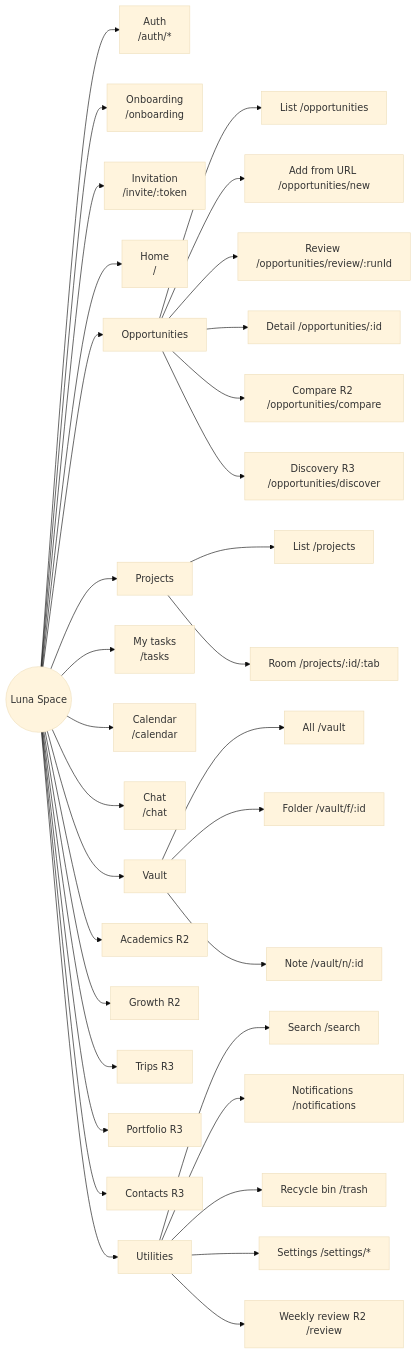
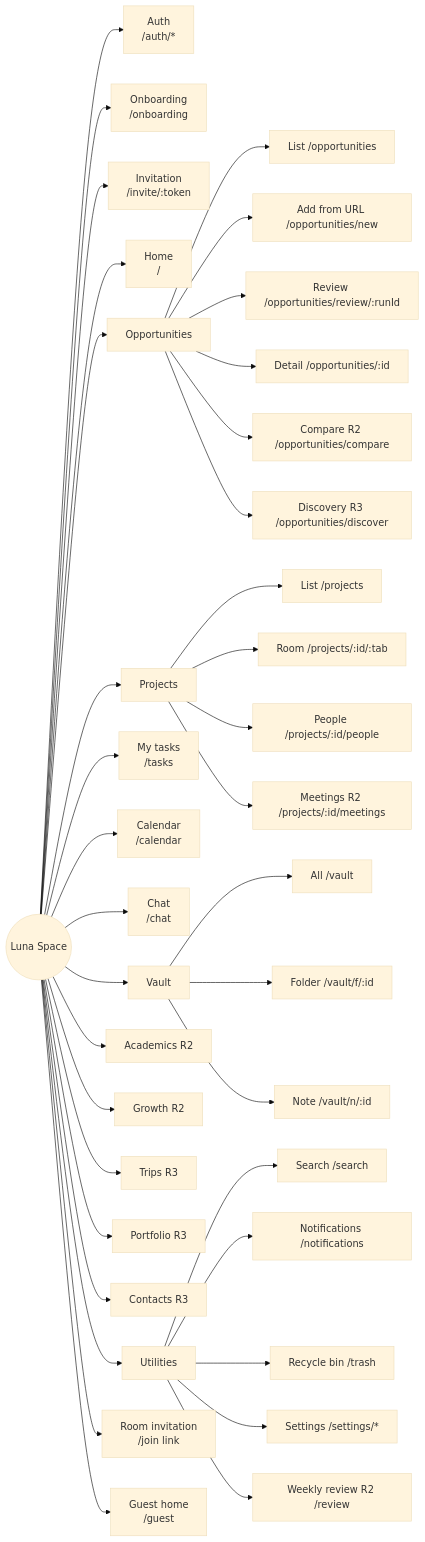
The first of 26 diagrams in docs/specs/02_flow.md (iwan-adler/luna-space), drawn with Mermaid (base theme) before and after one commit. The commit also changed other lines of this file and 7 other files, not shown here.

First line of the commit message:
docs: project guest access and Google Meet meetings (specs v1.1) (#7)

````diff
--- a/docs/specs/02_flow.md
+++ b/docs/specs/02_flow.md
@@ -50,35 +51,39 @@
 ```mermaid
 flowchart LR
   ROOT((Luna Space)) --> AUTH[Auth<br/>/auth/*]
   ROOT --> ONB[Onboarding<br/>/onboarding]
   ROOT --> INV[Invitation<br/>/invite/:token]
   ROOT --> HOME[Home<br/>/]
   ROOT --> OPP[Opportunities]
   ROOT --> PRJ[Projects]
   ROOT --> TSK[My tasks<br/>/tasks]
   ROOT --> CAL[Calendar<br/>/calendar]
   ROOT --> CHAT[Chat<br/>/chat]
   ROOT --> VAULT[Vault]
   ROOT --> ACAD[Academics R2]
   ROOT --> GROW[Growth R2]
   ROOT --> TRIP[Trips R3]
   ROOT --> PORT[Portfolio R3]
   ROOT --> CONT[Contacts R3]
   ROOT --> UTIL[Utilities]
+  ROOT --> JOIN["Room invitation<br/>/join link"]
+  ROOT --> GHOME[Guest home<br/>/guest]
   OPP --> O1[List /opportunities]
   OPP --> O2[Add from URL /opportunities/new]
   OPP --> O3[Review /opportunities/review/:runId]
   OPP --> O4[Detail /opportunities/:id]
   OPP --> O5[Compare R2 /opportunities/compare]
   OPP --> O6[Discovery R3 /opportunities/discover]
   PRJ --> P1[List /projects]
   PRJ --> P2[Room /projects/:id/:tab]
+  PRJ --> P3[People /projects/:id/people]
+  PRJ --> P4[Meetings R2 /projects/:id/meetings]
   VAULT --> V1[All /vault]
   VAULT --> V2[Folder /vault/f/:id]
   VAULT --> V3[Note /vault/n/:id]
   UTIL --> U1[Search /search]
   UTIL --> U2[Notifications /notifications]
   UTIL --> U3[Recycle bin /trash]
   UTIL --> U4[Settings /settings/*]
   UTIL --> U5[Weekly review R2 /review]
 ```
````
